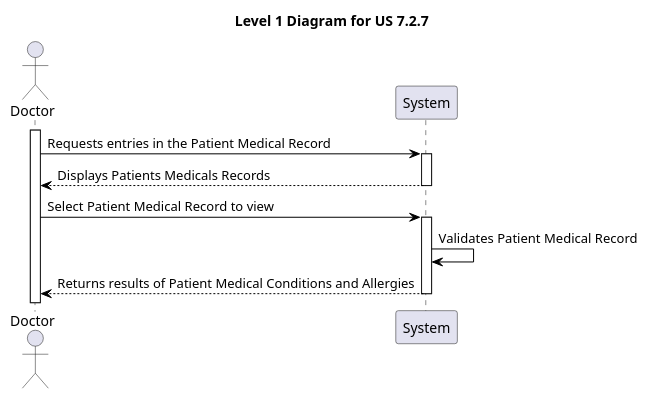
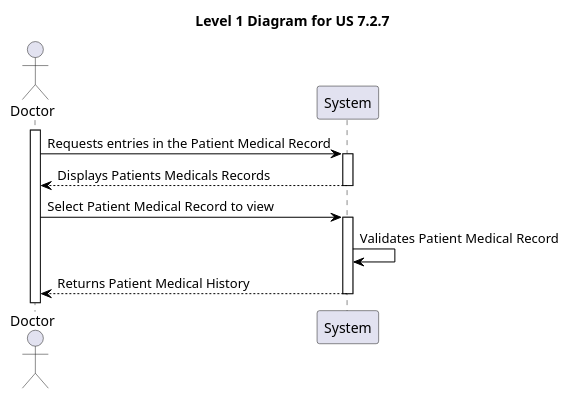
Before and after one commit to vscosousa/LAPR5_3DC_G15: the diagram in docs/sprint_C/us_7.2.7/level_1/puml/level_1.puml, drawn with PlantUML. The commit also changed 6 other files, not shown here.

```diff
--- a/docs/sprint_C/us_7.2.7/level_1/puml/level_1.puml
+++ b/docs/sprint_C/us_7.2.7/level_1/puml/level_1.puml
@@ -1,32 +1,32 @@
 @startuml level_1
 
 title Level 1 Diagram for US 7.2.7
 
 hide empty members
 
 skinparam class {
     BackgroundColor<<valueObject>> #D6EAF8
     BackgroundColor<<root>> #FDEBD0
     BackgroundColor<<service>> #D1F2EB
     BackgroundColor #FEF9E7
     ArrowColor Black
 }
 
 skinparam package {
     BackgroundColor #EBF5FB
 }
 
 actor Doctor as D
 
 activate D
 D -> System: Requests entries in the Patient Medical Record
 activate System
 System --> D: Displays Patients Medicals Records   
 deactivate System
 D -> System: Select Patient Medical Record to view
 activate System
 System -> System: Validates Patient Medical Record
-System --> D: Returns results of Patient Medical Conditions and Allergies
+System --> D: Returns Patient Medical History
 deactivate System
 
 @enduml
```
